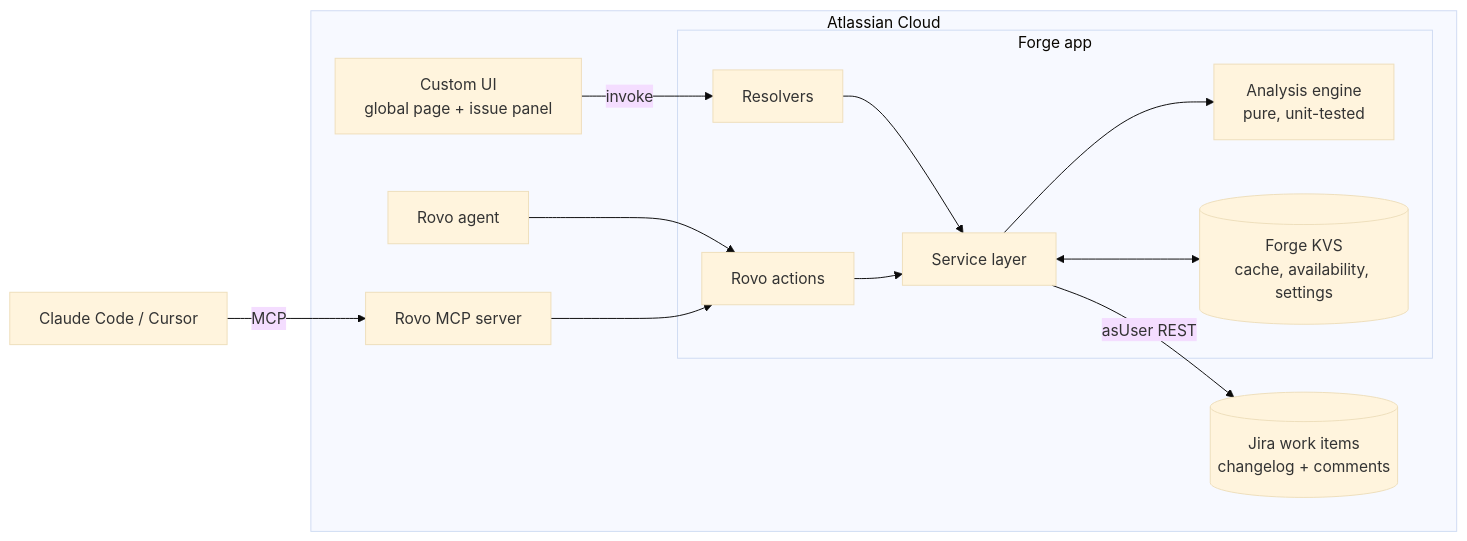
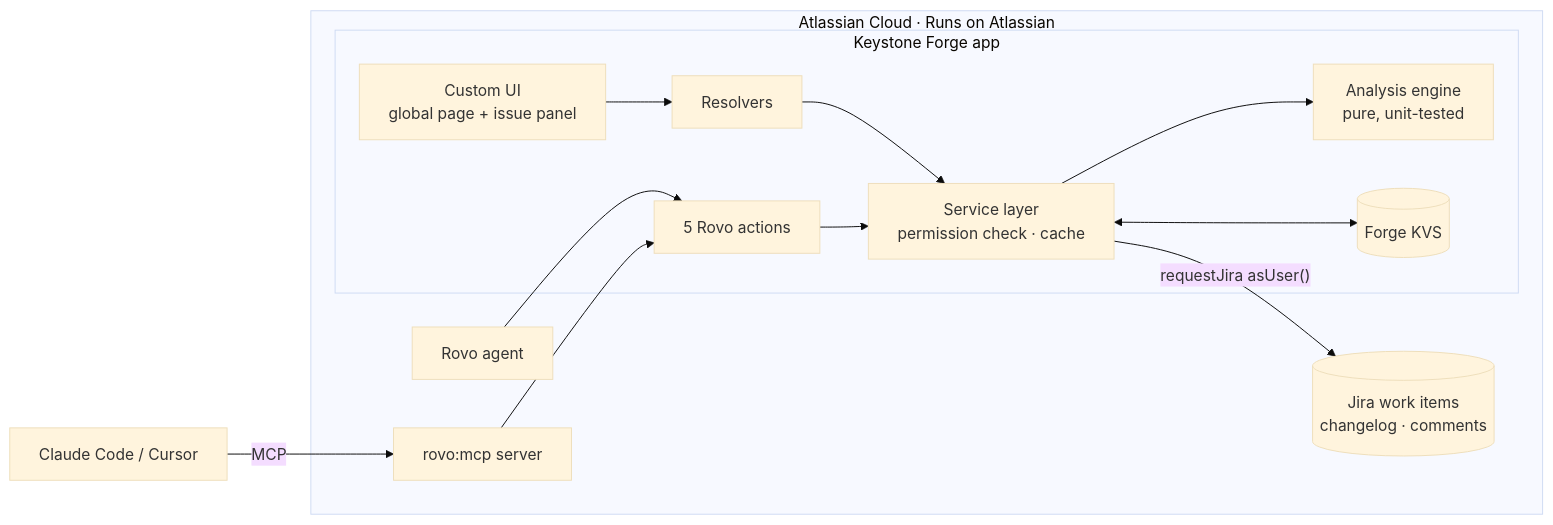
Before and after one commit to adeelfalaksher900-creator/keystone-forge: the first of 2 diagrams in README.md, drawn with Mermaid (base theme). The commit also changed other lines of this file, not shown here.

````diff
--- a/README.md
+++ b/README.md
@@ -29,23 +103,23 @@
 ```mermaid
 flowchart LR
-  subgraph Atlassian Cloud
-    J[(Jira work items<br/>changelog + comments)]
-    UI[Custom UI<br/>global page + issue panel]
-    R[Rovo agent]
-    M[Rovo MCP server]
-    subgraph Forge app
-      RES[Resolvers]
-      ACT[Rovo actions]
-      SVC[Service layer]
-      ENG[Analysis engine<br/>pure, unit-tested]
-      KVS[(Forge KVS<br/>cache, availability, settings)]
+  subgraph AC["Atlassian Cloud · Runs on Atlassian"]
+    J[("Jira work items<br/>changelog · comments")]
+    subgraph F["Keystone Forge app"]
+      UI["Custom UI<br/>global page + issue panel"]
+      RES["Resolvers"]
+      ACT["5 Rovo actions"]
+      SVC["Service layer<br/>permission check · cache"]
+      ENG["Analysis engine<br/>pure, unit-tested"]
+      KVS[("Forge KVS")]
     end
+    R["Rovo agent"]
+    M["rovo:mcp server"]
   end
-  EXT[Claude Code / Cursor] -->|MCP| M
-  UI -->|invoke| RES --> SVC
+  EXT["Claude Code / Cursor"] -->|MCP| M
+  UI --> RES --> SVC
   R --> ACT --> SVC
   M --> ACT
-  SVC -->|asUser REST| J
+  SVC -->|"requestJira asUser()"| J
   SVC <--> KVS
   SVC --> ENG
 ```
````
